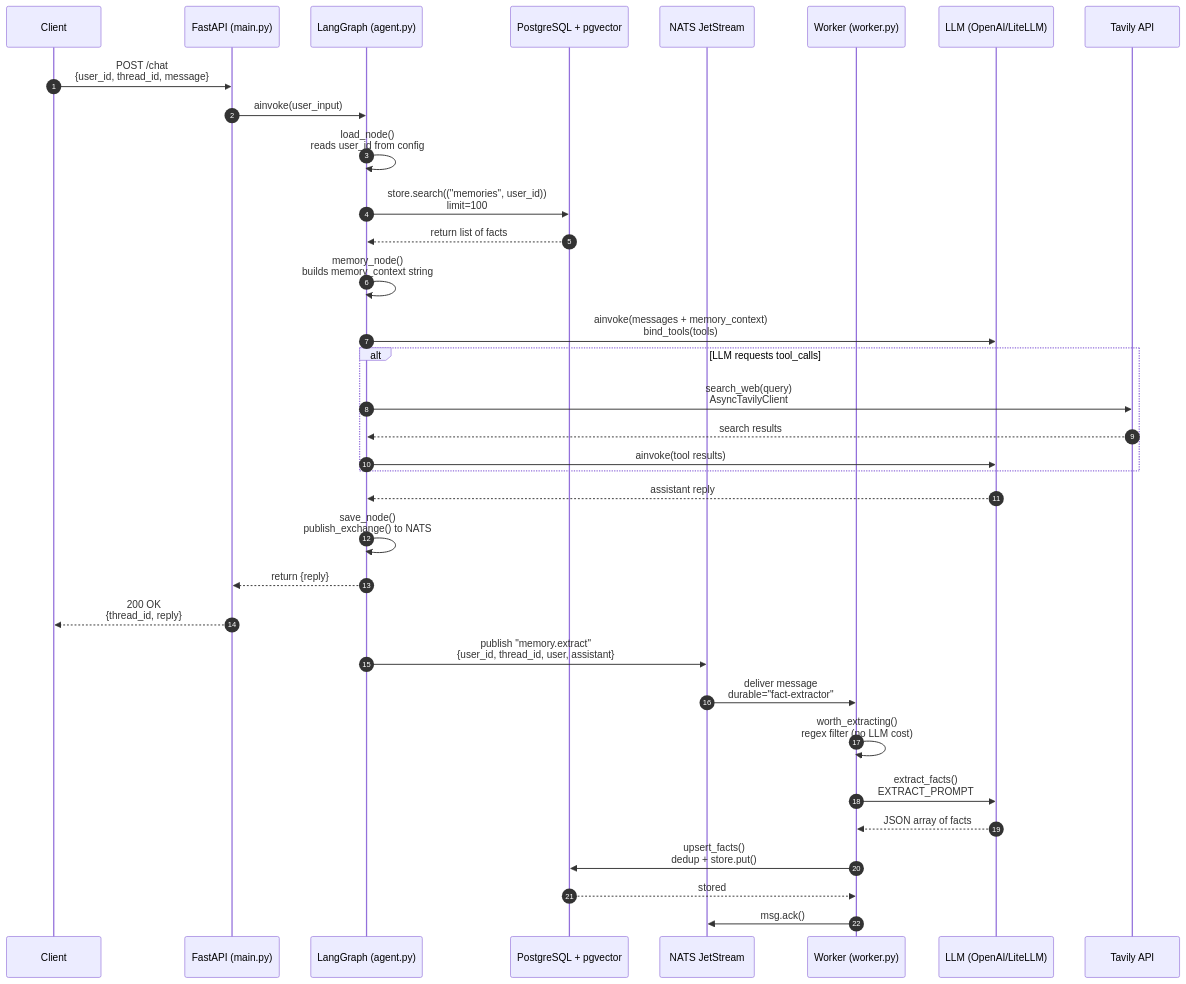
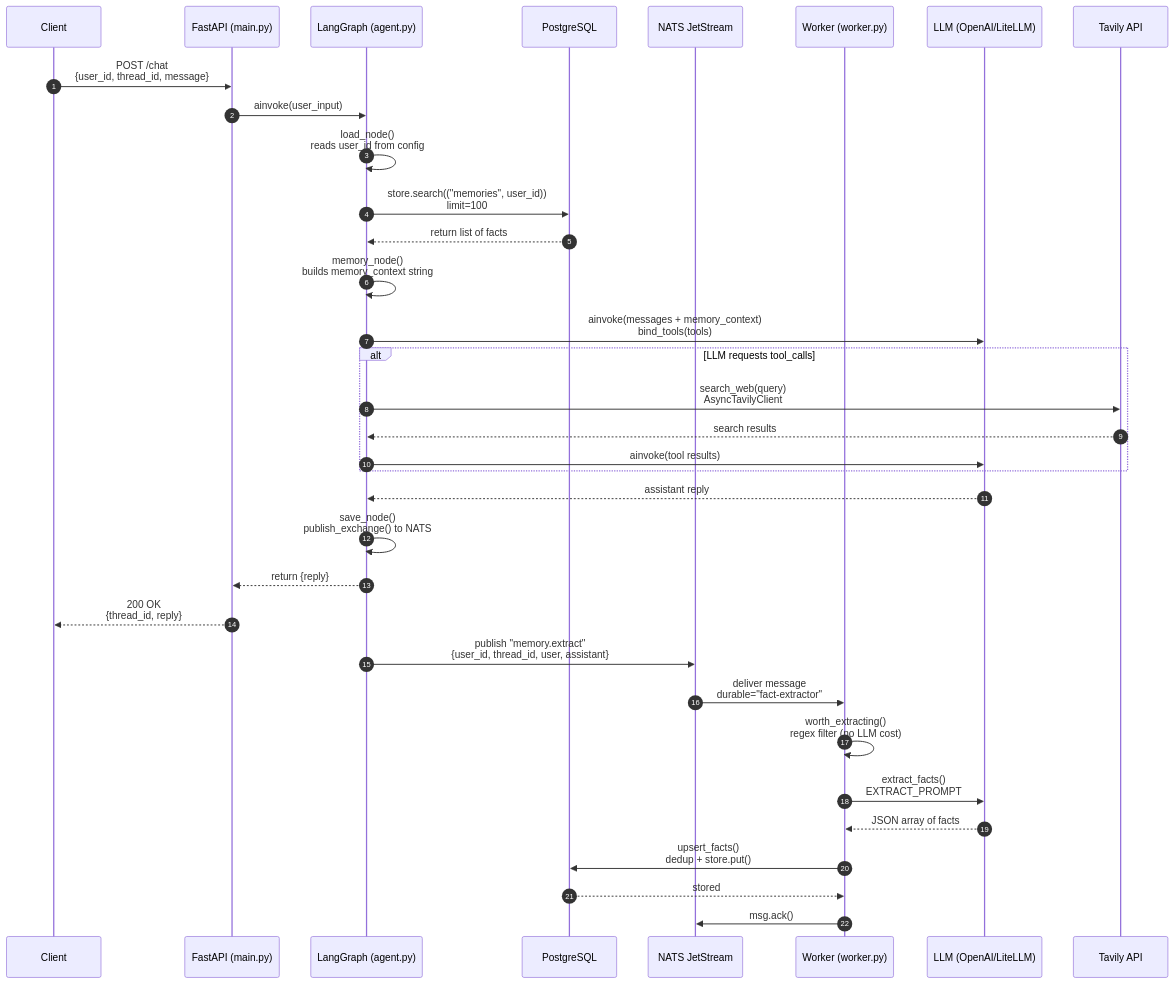
The diagram in README.md (Mann10/memory-agent), drawn with Mermaid before and after one commit.

````diff
--- a/README.md
+++ b/README.md
@@ -40,41 +40,41 @@
 ```mermaid
 sequenceDiagram
     autonumber
     participant C as Client
     participant API as FastAPI (main.py)
     participant G as LangGraph (agent.py)
-    participant PG as PostgreSQL + pgvector
+    participant PG as PostgreSQL
     participant N as NATS JetStream
     participant W as Worker (worker.py)
     participant LLM as LLM (OpenAI/LiteLLM)
     participant T as Tavily API
 
     C->>API: POST /chat<br>{user_id, thread_id, message}
     API->>G: ainvoke(user_input)
 
     G->>G: load_node()<br>reads user_id from config
     G->>PG: store.search(("memories", user_id))<br>limit=100
     PG-->>G: return list of facts
     G->>G: memory_node()<br>builds memory_context string
 
     G->>LLM: ainvoke(messages + memory_context)<br>bind_tools(tools)
     alt LLM requests tool_calls
         G->>T: search_web(query)<br>AsyncTavilyClient
         T-->>G: search results
         G->>LLM: ainvoke(tool results)
     end
     LLM-->>G: assistant reply
 
     G->>G: save_node()<br>publish_exchange() to NATS
     G-->>API: return {reply}
     API-->>C: 200 OK<br>{thread_id, reply}
 
     G->>N: publish "memory.extract"<br>{user_id, thread_id, user, assistant}
     N->>W: deliver message<br>durable="fact-extractor"
     W->>W: worth_extracting()<br>regex filter (no LLM cost)
     W->>LLM: extract_facts()<br>EXTRACT_PROMPT
     LLM-->>W: JSON array of facts
     W->>PG: upsert_facts()<br>dedup + store.put()
     PG-->>W: stored
     W->>N: msg.ack()
 ```
````
